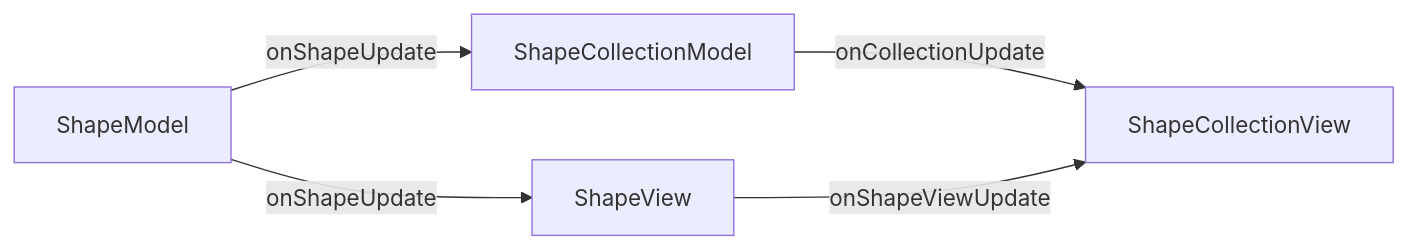
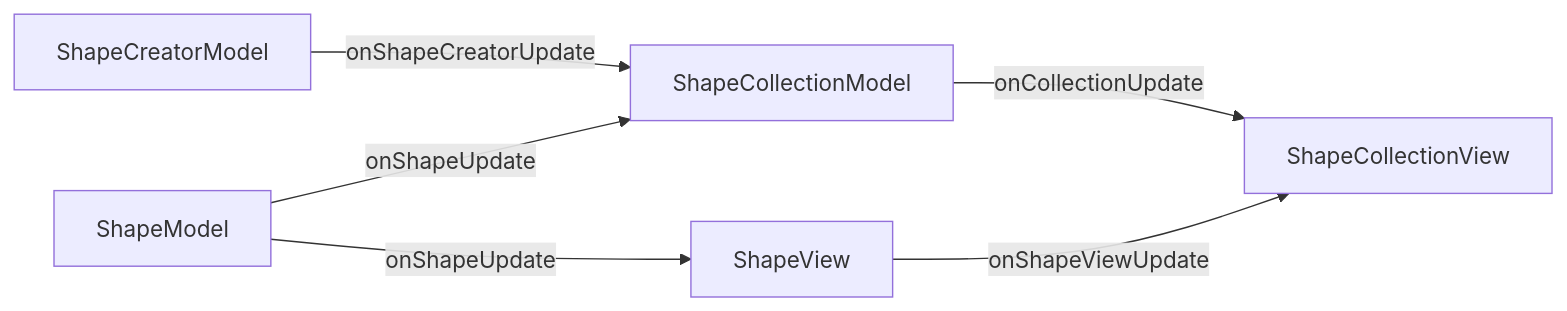
One commit to nvmnghia/cvat changed the diagram in REFACTORING.md. Above: the diagram before and after it, drawn with Mermaid. The commit also changed 4 other files, not shown here.

````diff
--- a/REFACTORING.md
+++ b/REFACTORING.md
@@ -27,7 +27,8 @@
 ```mermaid
 graph LR;
+    ShapeCreatorModel -- onShapeCreatorUpdate --> ShapeCollectionModel
     ShapeCollectionModel -- onCollectionUpdate --> ShapeCollectionView
     ShapeModel -- onShapeUpdate --> ShapeCollectionModel
     ShapeView -- onShapeViewUpdate --> ShapeCollectionView
     ShapeModel -- onShapeUpdate --> ShapeView
 ```
````
